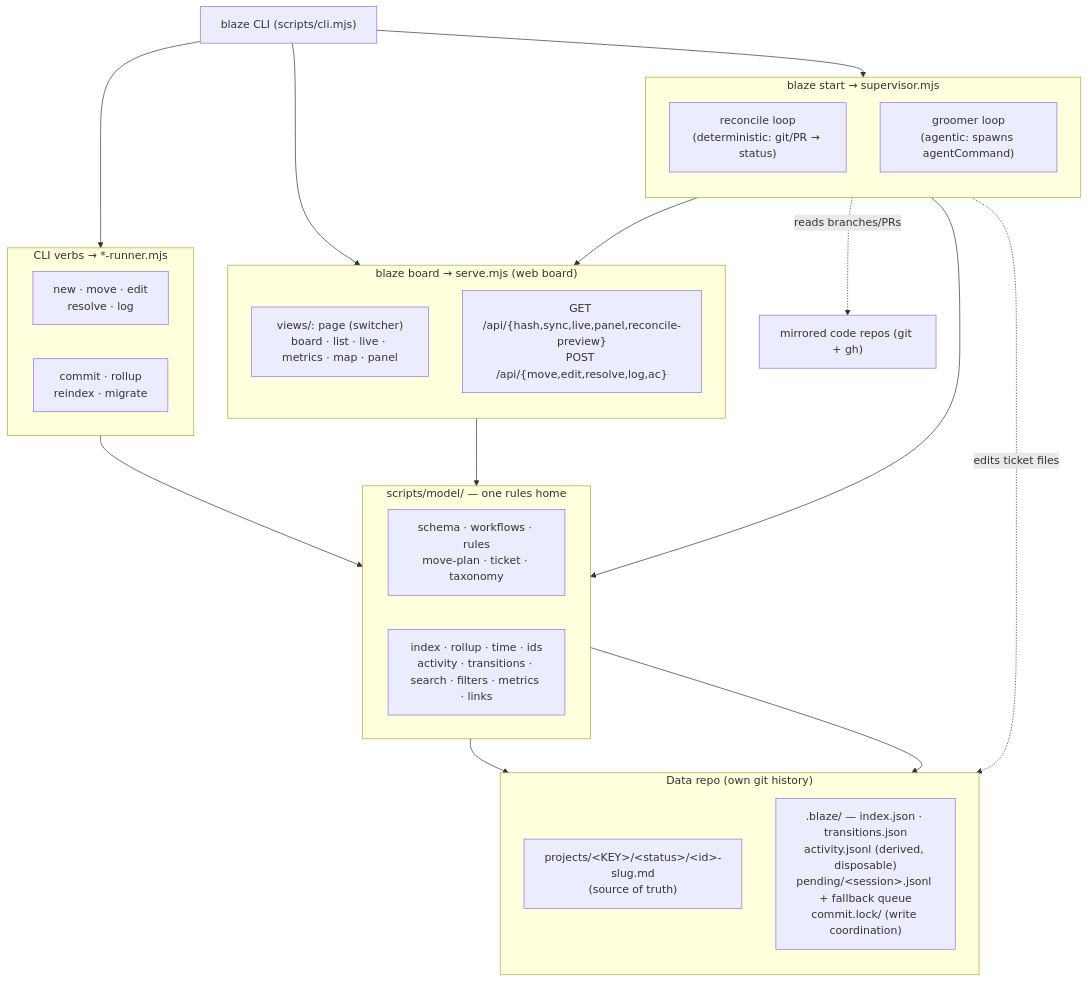
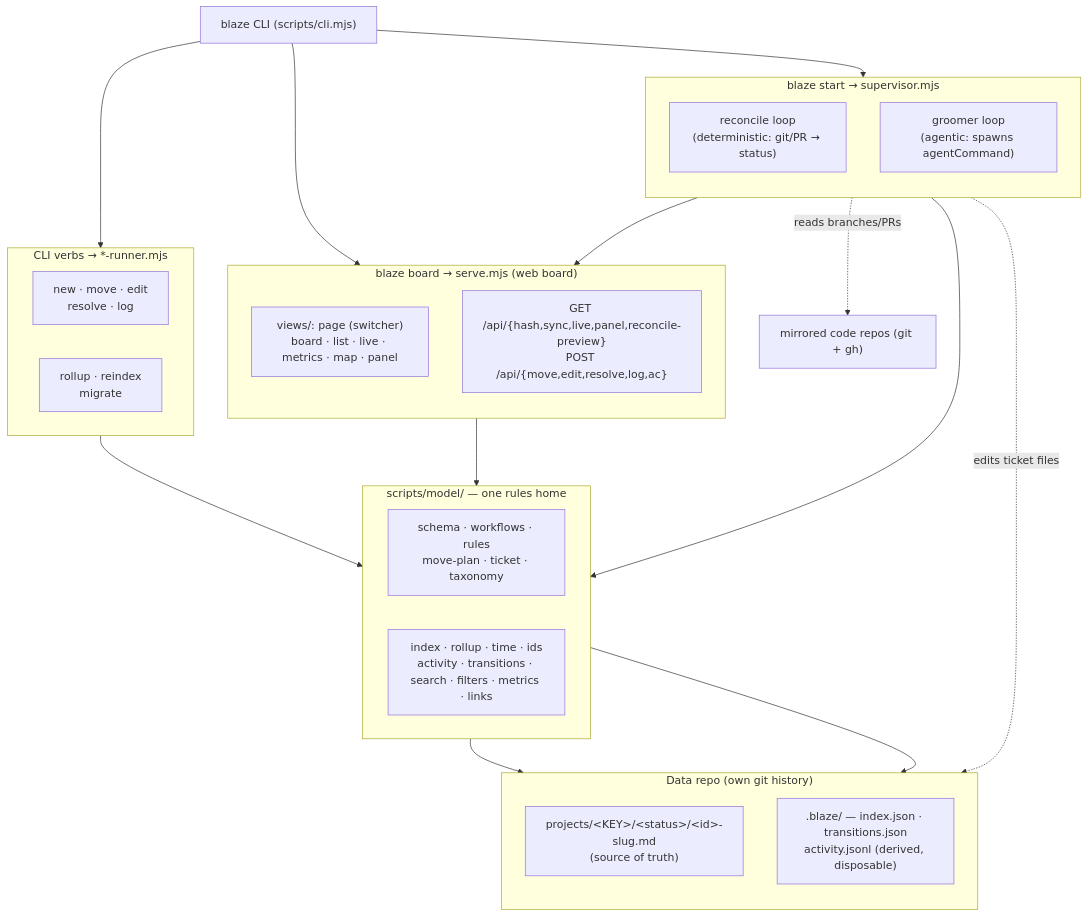
One commit to hjr15/blaze changed the diagram in docs/diagrams/architecture.md. Above: the diagram before and after it, drawn with Mermaid. The commit also changed other lines of this file and 141 other files, not shown here.

````diff
--- a/docs/diagrams/architecture.md
+++ b/docs/diagrams/architecture.md
@@ -19,47 +18,47 @@
 ```mermaid
 flowchart TB
     CLI["blaze CLI (scripts/cli.mjs)"]
 
     subgraph Runners["CLI verbs → *-runner.mjs"]
         direction LR
         R1["new · move · edit<br/>resolve · log"]
-        R2["commit · rollup<br/>reindex · migrate"]
+        R2["rollup · reindex<br/>migrate"]
     end
 
     subgraph Sup["blaze start → supervisor.mjs"]
         direction TB
         Rec["reconcile loop<br/>(deterministic: git/PR → status)"]
         Groom["groomer loop<br/>(agentic: spawns agentCommand)"]
     end
 
     subgraph Board["blaze board → serve.mjs (web board)"]
         direction TB
         Views["views/: page (switcher)<br/>board · list · live · metrics · map · panel"]
         API["GET /api/{hash,sync,live,panel,reconcile-preview}<br/>POST /api/{move,edit,resolve,log,ac}"]
     end
 
     subgraph Model["scripts/model/ — one rules home"]
         direction LR
         M1["schema · workflows · rules<br/>move-plan · ticket · taxonomy"]
         M2["index · rollup · time · ids<br/>activity · transitions · search · filters · metrics · links"]
     end
 
     subgraph Data["Data repo (own git history)"]
         direction TB
         Files["projects/&lt;KEY&gt;/&lt;status&gt;/&lt;id&gt;-slug.md<br/>(source of truth)"]
-        Caches[".blaze/ — index.json · transitions.json<br/>activity.jsonl (derived, disposable)<br/>pending/&lt;session&gt;.jsonl + fallback queue<br/>commit.lock/ (write coordination)"]
+        Caches[".blaze/ — index.json · transitions.json<br/>activity.jsonl (derived, disposable)"]
     end
 
     CLI --> Runners
     CLI --> Sup
     CLI --> Board
     Sup --> Board
 
     Runners --> Model
     Rec --> Model
     Board --> Model
     Model --> Files
     Model --> Caches
     Rec -. reads branches/PRs .-> Ext["mirrored code repos (git + gh)"]
     Groom -. edits ticket files .-> Files
 ```
````
